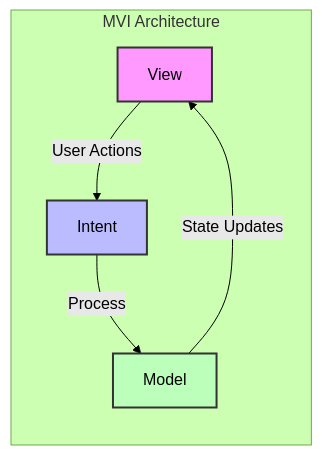
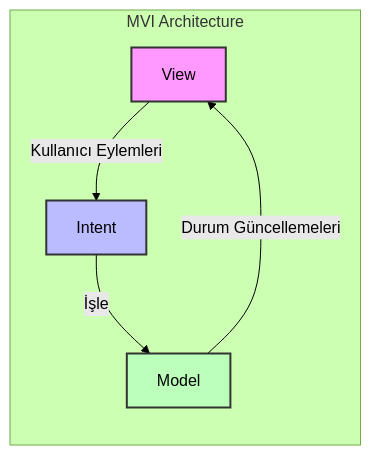
One commit to endmr11/system_design changed the second of 3 diagrams in mobile/architecture/state-management.md. Above: the diagram before and after it, drawn with Mermaid (forest theme). The commit also changed other lines of this file, not shown here.

````diff
--- a/mobile/architecture/state-management.md
+++ b/mobile/architecture/state-management.md
@@ -112,16 +112,16 @@
 ```mermaid
 graph LR
     subgraph MVI Architecture
         View[View]
         Intent[Intent]
         Model[Model]
         
-        View -->|User Actions| Intent
-        Intent -->|Process| Model
-        Model -->|State Updates| View
+        View -->|Kullanıcı Eylemleri| Intent
+        Intent -->|İşle| Model
+        Model -->|Durum Güncellemeleri| View
         
         style View fill:#f9f,stroke:#333,stroke-width:2px
         style Intent fill:#bbf,stroke:#333,stroke-width:2px
         style Model fill:#bfb,stroke:#333,stroke-width:2px
     end
 ```
````
